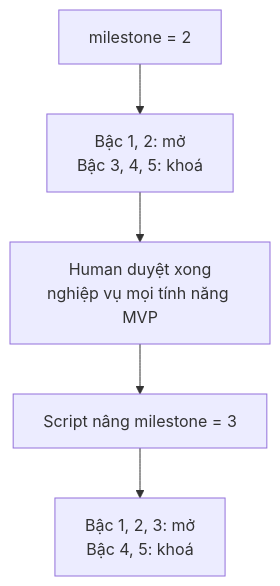
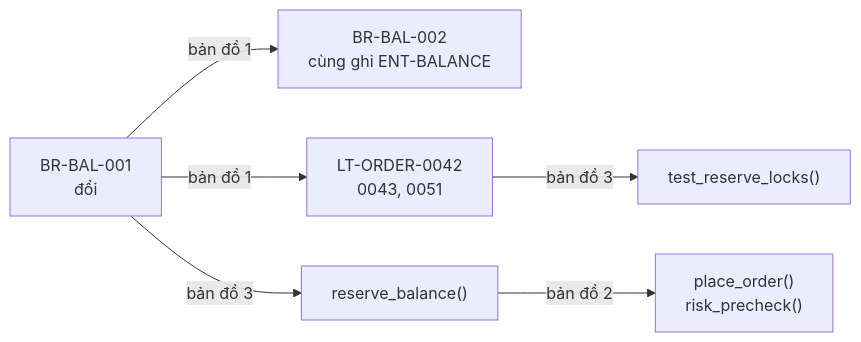
Before and after one commit to Kynderis/kendrick-ai-tools: the third of 7 diagrams in design/KIDEA_SPEC.md, drawn with Mermaid. The commit also changed other lines of this file and 2 other files, not shown here.

````diff
--- a/design/KIDEA_SPEC.md
+++ b/design/KIDEA_SPEC.md
@@ -70,7 +367,8 @@
 ```mermaid
-flowchart TD
-    A["milestone = 2"] --> B["Bậc 1, 2: mở<br/>Bậc 3, 4, 5: khoá"]
-    B --> C["Human duyệt xong<br/>nghiệp vụ mọi tính năng MVP"]
-    C --> D["Script nâng milestone = 3"]
-    D --> E["Bậc 1, 2, 3: mở<br/>Bậc 4, 5: khoá"]
+flowchart LR
+    A["BR-BAL-001<br/>đổi"] -->|"bản đồ 1"| B["BR-BAL-002<br/>cùng ghi ENT-BALANCE"]
+    A -->|"bản đồ 1"| C["LT-ORDER-0042<br/>0043, 0051"]
+    A -->|"bản đồ 3"| D["reserve_balance()"]
+    D -->|"bản đồ 2"| E["place_order()<br/>risk_precheck()"]
+    C -->|"bản đồ 3"| F["test_reserve_locks()"]
 ```
````
